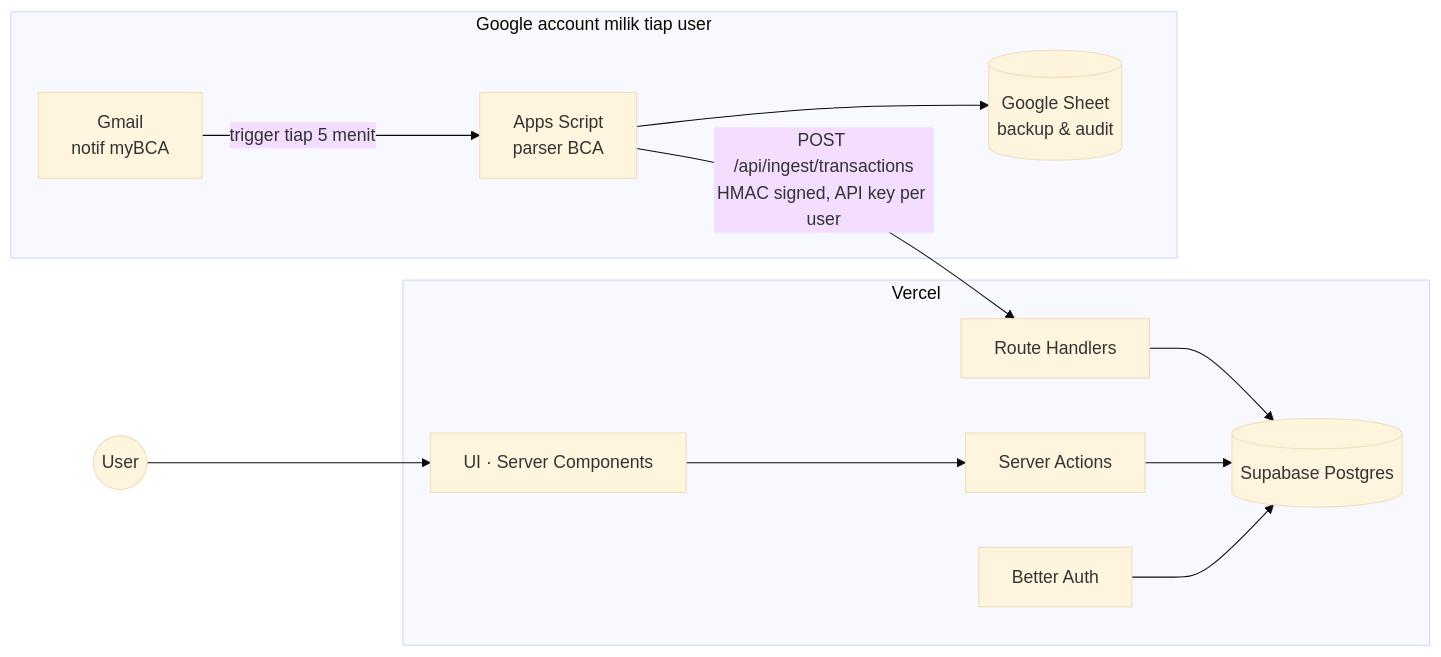
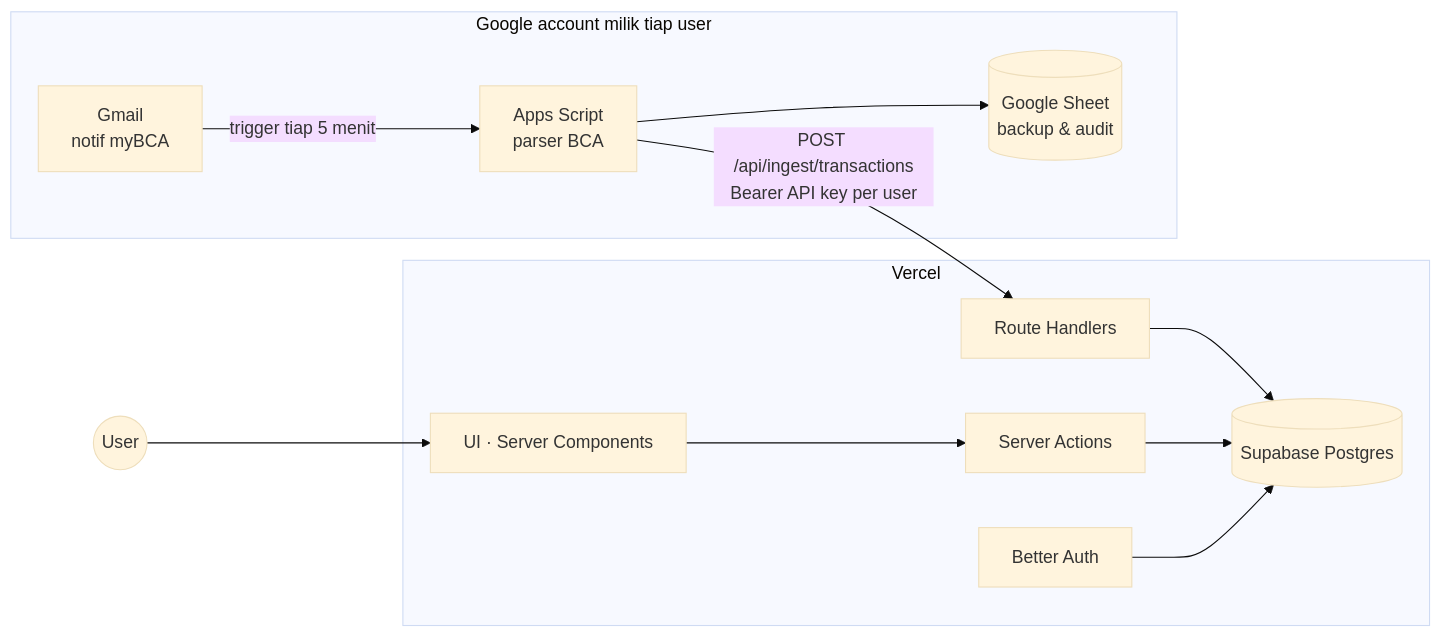
Before and after one commit to gtrnat/Cove: the first of 2 diagrams in docs/BLUEPRINT.md, drawn with Mermaid (base theme). The commit also changed other lines of this file and 23 other files, not shown here.

Commit message:
feat: myBCA email ingest, API keys, and category rules (phase 4)

````diff
--- a/docs/BLUEPRINT.md
+++ b/docs/BLUEPRINT.md
@@ -29,15 +29,15 @@
 ```mermaid
 flowchart LR
   subgraph G[Google account milik tiap user]
     M[Gmail<br/>notif myBCA] -->|trigger tiap 5 menit| A[Apps Script<br/>parser BCA]
     A --> S[(Google Sheet<br/>backup & audit)]
   end
-  A -->|POST /api/ingest/transactions<br/>HMAC signed, API key per user| N
+  A -->|POST /api/ingest/transactions<br/>Bearer API key per user| N
   subgraph V[Vercel]
     N[Route Handlers] --> D
     UI[UI · Server Components] --> SA[Server Actions] --> D
     AU[Better Auth] --> D
   end
   D[(Supabase Postgres)]
   U((User)) --> UI
 ```
````
